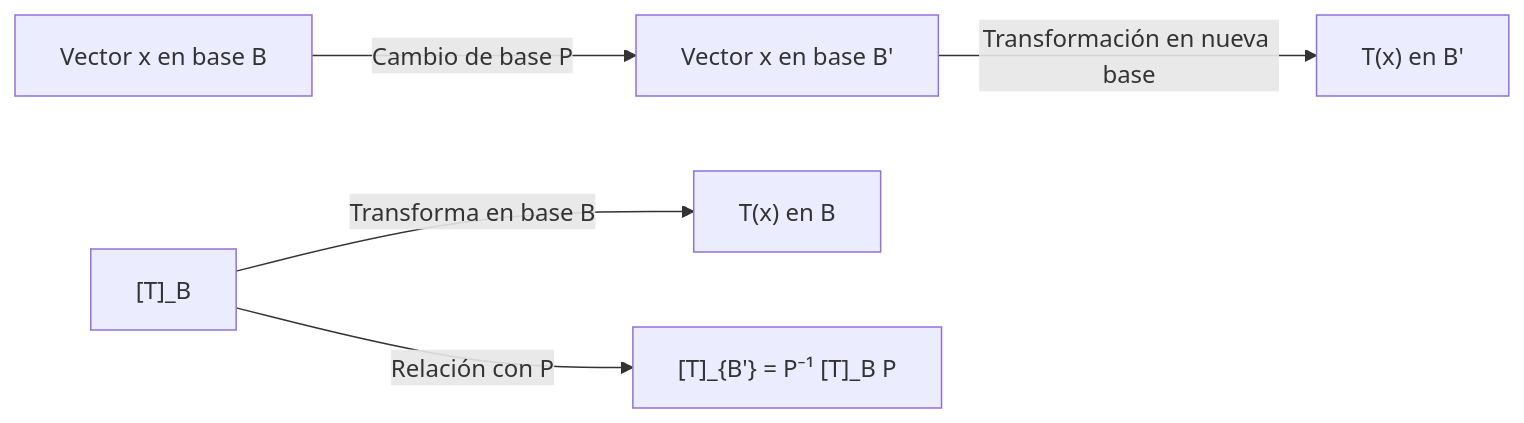
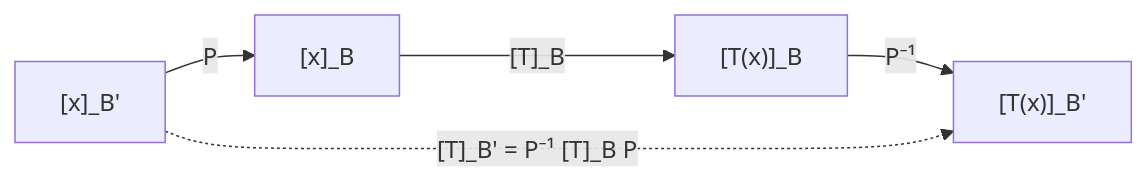
Before and after one commit to djaimej/computer-science-template: the diagram in public/documents/semester-3/1/3144.md, drawn with Mermaid. The commit also changed other lines of this file and 34 other files, not shown here.

````diff
--- a/public/documents/semester-3/1/3144.md
+++ b/public/documents/semester-3/1/3144.md
@@ -126,7 +141,7 @@
 ```mermaid
 graph LR
-    X["Vector x en base B"] -- "Cambio de base P" --> Y["Vector x en base B'"]
-    A["[T]_B"] -- "Transforma en base B" --> B["T(x) en B"]
-    Y -- "Transformación en nueva base" --> Z["T(x) en B'"]
-    A -- "Relación con P" --> C["[T]_{B'} = P⁻¹ [T]_B P"]
+    Y["[x]_B'"] -- "P" --> X["[x]_B"]
+    X -- "[T]_B" --> TX["[T(x)]_B"]
+    TX -- "P⁻¹" --> TY["[T(x)]_B'"]
+    Y -. "[T]_B' = P⁻¹ [T]_B P" .-> TY
 ```
````
